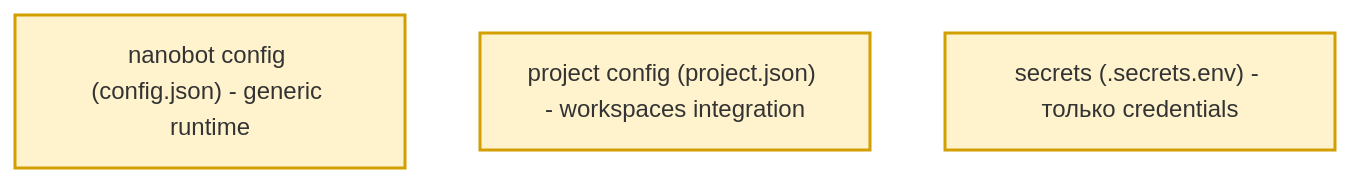
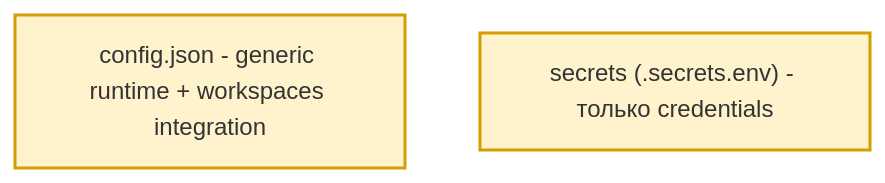
Before and after one commit to AlexEgorov85/workspaces_nanobot: the ninth of 12 diagrams in docs/TARGET_ARCHITECTURE.md, drawn with Mermaid. The commit also changed other lines of this file and 22 other files, not shown here.

````diff
--- a/docs/TARGET_ARCHITECTURE.md
+++ b/docs/TARGET_ARCHITECTURE.md
@@ -674,8 +674,7 @@
 ```mermaid
 flowchart TB
-    NB["nanobot config (config.json) - generic runtime"]
-    PR["project config (project.json) - workspaces integration"]
+    CFG["config.json - generic runtime + workspaces integration"]
     SE["secrets (.secrets.env) - только credentials"]
     classDef core fill:#fff3cd,stroke:#d39e00,stroke-width:2px
-    class NB,PR,SE core
+    class CFG,SE core
 ```
````
